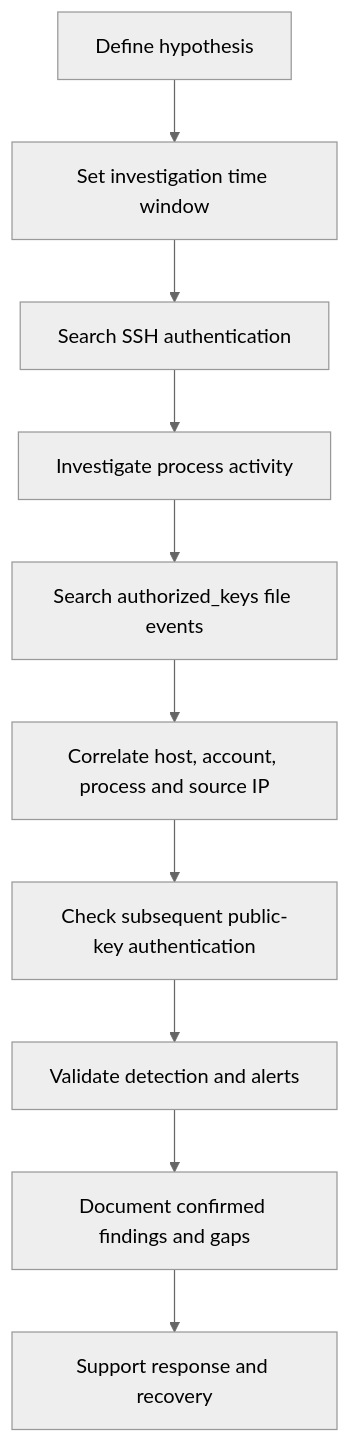
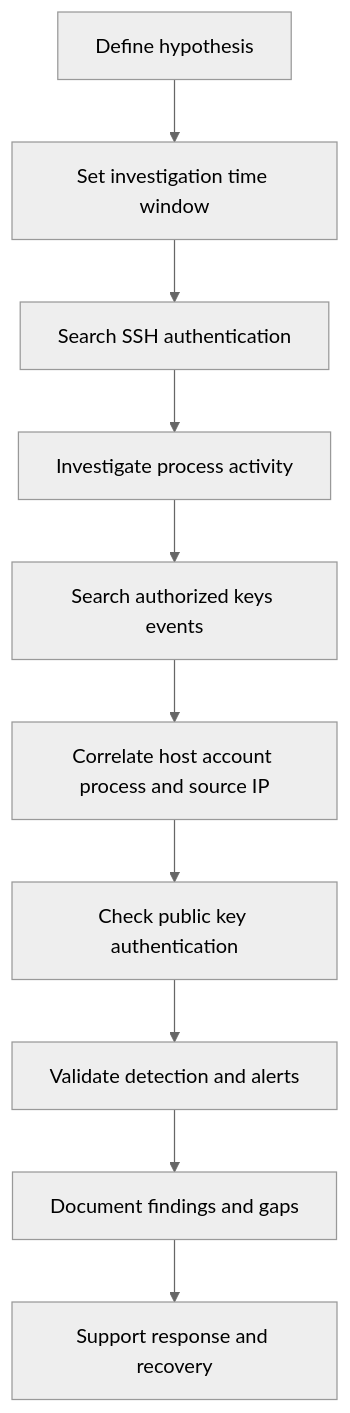
Before and after one commit to KdMenon007/CatchMe-SOC-Project-01: the fifth of 10 diagrams in 02-scenario/README.md, drawn with Mermaid (neutral theme). The commit also changed other lines of this file, not shown here.

````diff
--- a/02-scenario/README.md
+++ b/02-scenario/README.md
@@ -246,12 +246,12 @@
 ```mermaid
 flowchart TD
-    A["Define hypothesis"] --> B["Set investigation time window"]
-    B --> C["Search SSH authentication"]
-    C --> D["Investigate process activity"]
-    D --> E["Search authorized_keys file events"]
-    E --> F["Correlate host, account, process and source IP"]
-    F --> G["Check subsequent public-key authentication"]
-    G --> H["Validate detection and alerts"]
-    H --> I["Document confirmed findings and gaps"]
-    I --> J["Support response and recovery"]
+    A[Define hypothesis] --> B[Set investigation time window]
+    B --> C[Search SSH authentication]
+    C --> D[Investigate process activity]
+    D --> E[Search authorized keys events]
+    E --> F[Correlate host account process and source IP]
+    F --> G[Check public key authentication]
+    G --> H[Validate detection and alerts]
+    H --> I[Document findings and gaps]
+    I --> J[Support response and recovery]
 ```
````
